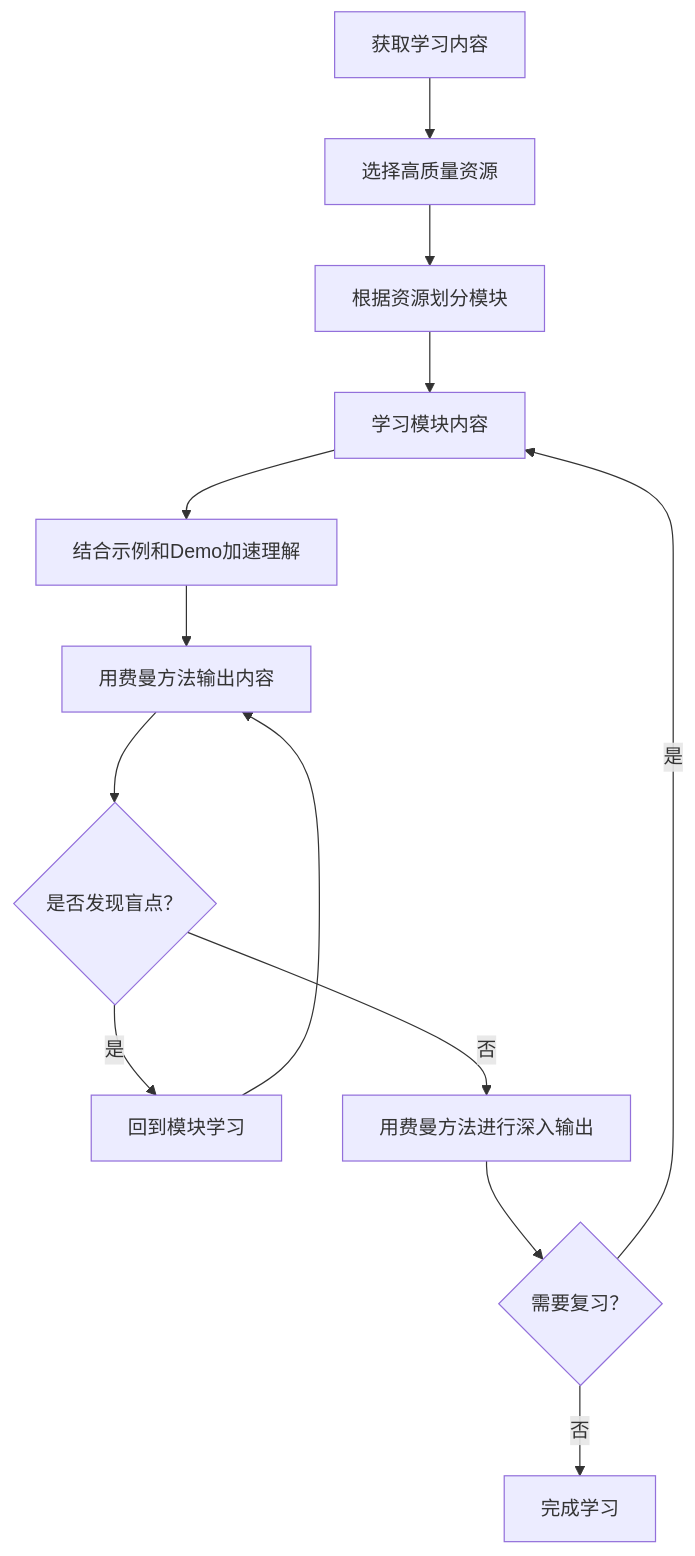
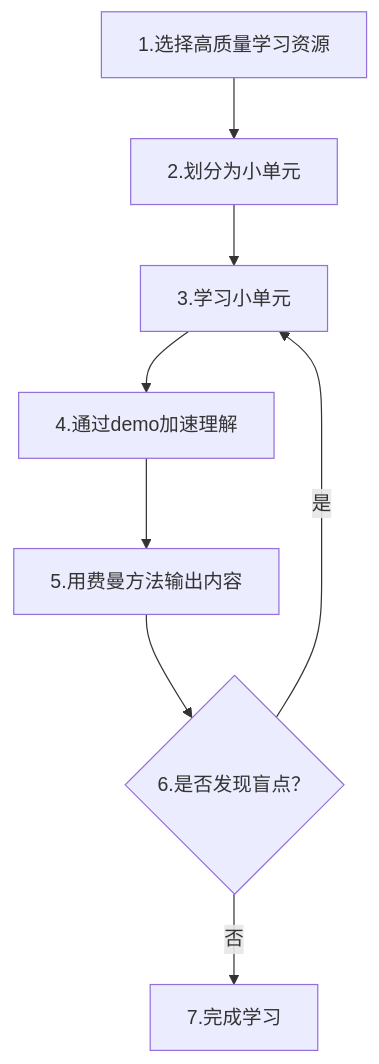
Before and after one commit to Juna3066/full-stack-147-dg: the diagram in src/site/notes/费曼学习法.md, drawn with Mermaid. The commit also changed 11 other files, not shown here.

````diff
--- a/src/site/notes/费曼学习法.md
+++ b/src/site/notes/费曼学习法.md
@@ -103,15 +103,11 @@
 ```mermaid
 flowchart TD
-    A[获取学习内容] --> B[选择高质量资源]
-    B --> C[根据资源划分模块]
-    C --> D[学习模块内容]
-    D --> E[结合示例和Demo加速理解]
-    E --> F[用费曼方法输出内容]
-    F --> G{是否发现盲点？}
-    G -->|是| H[回到模块学习]
-    H --> F
-    G -->|否| I[用费曼方法进行深入输出]
-    I --> J{需要复习？}
-    J -->|是| D
-    J -->|否| K[完成学习]
+    A[1.选择高质量学习资源]
+    A --> O[2.划分为小单元]
+    O --> B[3.学习小单元]
+    B --> C[4.通过demo加速理解]
+    C --> D[5.用费曼方法输出内容]
+    D --> E{6.是否发现盲点？}
+    E -->|是| B
+    E -->|否| G[7.完成学习]
 ```
````
